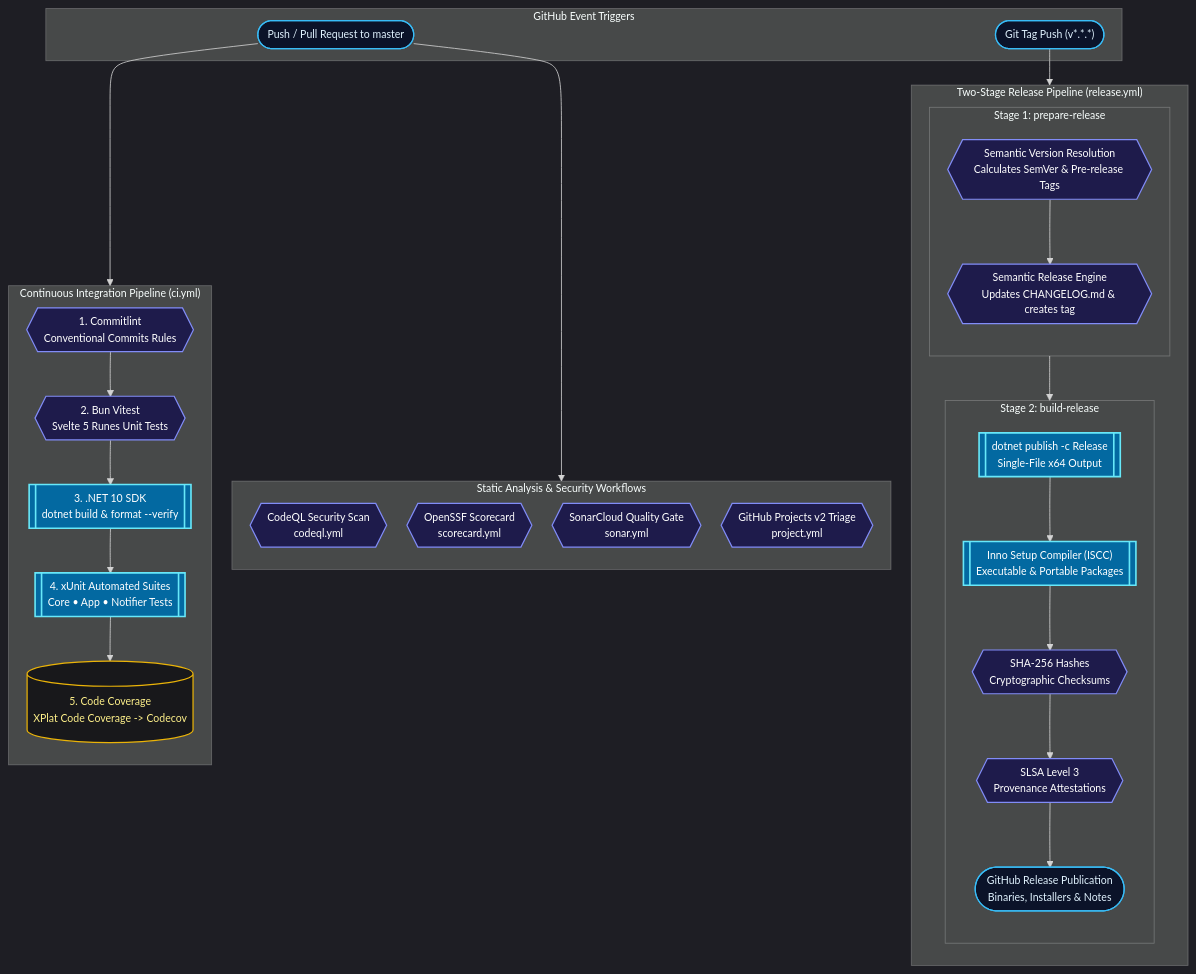
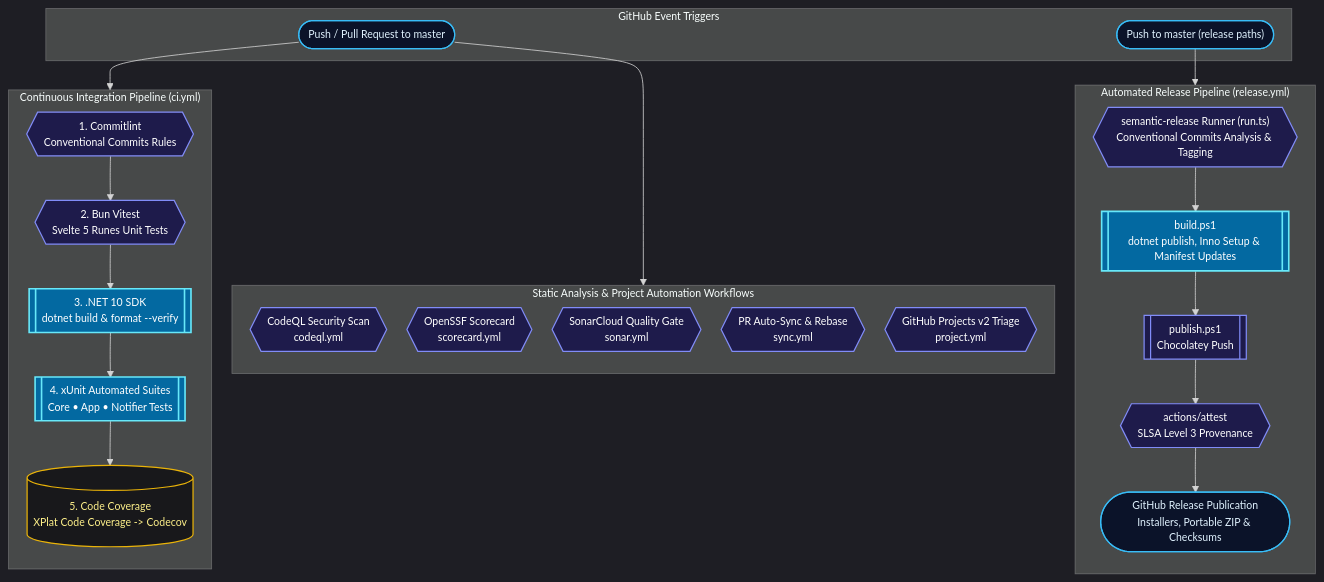
Before and after one commit to Nicconike/LocalTelemetry: the diagram in docs/latest/developer-guide/ci-cd.md, drawn with Mermaid. The commit also changed other lines of this file and 27 other files, not shown here.

Commit message:
ci(release): sequence manifest updates in prepare step and support single branch rc

````diff
--- a/docs/latest/developer-guide/ci-cd.md
+++ b/docs/latest/developer-guide/ci-cd.md
@@ -22,69 +23,59 @@
 ```mermaid
 %%{init: {'theme': 'dark', 'themeVariables': {'fontSize': '13px'}, 'flowchart': {'nodeSpacing': 25, 'rankSpacing': 30, 'curve': 'basis'}}}%%
 flowchart TD
     subgraph Triggers["GitHub Event Triggers"]
         PushPR(["Push / Pull Request to master"])
-        ReleaseTag(["Git Tag Push (v*.*.*)"])
+        PushMaster(["Push to master (release paths)"])
     end
 
     subgraph CI["Continuous Integration Pipeline (ci.yml)"]
         direction TB
         Commitlint{{"1. Commitlint<br/>Conventional Commits Rules"}}
         FrontendTest{{"2. Bun Vitest<br/>Svelte 5 Runes Unit Tests"}}
         DotNetBuild[["3. .NET 10 SDK<br/>dotnet build & format --verify"]]
         DotNetTest[["4. xUnit Automated Suites<br/>Core • App • Notifier Tests"]]
         Coverage[("5. Code Coverage<br/>XPlat Code Coverage -> Codecov")]
 
         Commitlint --> FrontendTest
         FrontendTest --> DotNetBuild
         DotNetBuild --> DotNetTest
         DotNetTest --> Coverage
     end
 
-    subgraph QualitySec["Static Analysis & Security Workflows"]
+    subgraph QualitySec["Static Analysis & Project Automation Workflows"]
         direction TB
         CodeQL{{"CodeQL Security Scan<br/>codeql.yml"}}
         Scorecard{{"OpenSSF Scorecard<br/>scorecard.yml"}}
         Sonar{{"SonarCloud Quality Gate<br/>sonar.yml"}}
+        SyncPR{{"PR Auto-Sync & Rebase<br/>sync.yml"}}
         ProjectTriage{{"GitHub Projects v2 Triage<br/>project.yml"}}
     end
 
-    subgraph Release["Two-Stage Release Pipeline (release.yml)"]
+    subgraph Release["Automated Release Pipeline (release.yml)"]
         direction TB
-        subgraph Stage1["Stage 1: prepare-release"]
-            direction TB
-            TagGen{{"Semantic Version Resolution<br/>Calculates SemVer & Pre-release Tags"}}
-            ChangelogGen{{"Semantic Release Engine<br/>Updates CHANGELOG.md & creates tag"}}
-        end
+        SemRelRunner{{"semantic-release Runner (run.ts)<br/>Conventional Commits Analysis & Tagging"}}
+        BuildScript[["build.ps1<br/>dotnet publish, Inno Setup & Manifest Updates"]]
+        PublishScript[["publish.ps1<br/>Chocolatey Push"]]
+        Attestation{{"actions/attest<br/>SLSA Level 3 Provenance"}}
+        GitHubRelease(["GitHub Release Publication<br/>Installers, Portable ZIP & Checksums"])
 
-        subgraph Stage2["Stage 2: build-release"]
-            direction TB
-            DotNetPublish[["dotnet publish -c Release<br/>Single-File x64 Output"]]
-            InnoSetup[["Inno Setup Compiler (ISCC)<br/>Executable & Portable Packages"]]
-            Checksums{{"SHA-256 Hashes<br/>Cryptographic Checksums"}}
-            Slsa{{"SLSA Level 3<br/>Provenance Attestations"}}
-            GitHubRelease(["GitHub Release Publication<br/>Binaries, Installers & Notes"])
-        end
-
-        TagGen --> ChangelogGen
-        ChangelogGen --> DotNetPublish
-        DotNetPublish --> InnoSetup
-        InnoSetup --> Checksums
-        Checksums --> Slsa
-        Slsa --> GitHubRelease
+        SemRelRunner --> BuildScript
+        BuildScript --> PublishScript
+        PublishScript --> Attestation
+        Attestation --> GitHubRelease
     end
 
     PushPR --> CI
     PushPR --> QualitySec
-    ReleaseTag --> Release
+    PushMaster --> Release
 
-    class PushPR,ReleaseTag,GitHubRelease triggerNode
-    class Commitlint,FrontendTest,CodeQL,Scorecard,Sonar,ProjectTriage,TagGen,ChangelogGen,Checksums,Slsa toolNode
-    class DotNetBuild,DotNetTest,DotNetPublish,InnoSetup buildNode
+    class PushPR,PushMaster,GitHubRelease triggerNode
+    class Commitlint,FrontendTest,CodeQL,Scorecard,Sonar,SyncPR,ProjectTriage,SemRelRunner,PublishScript,Attestation toolNode
+    class DotNetBuild,DotNetTest,BuildScript buildNode
     class Coverage dataNode
 
     classDef triggerNode fill:#0b1329,stroke:#38bdf8,stroke-width:1.5px,color:#e0f2fe
     classDef toolNode fill:#1e1b4b,stroke:#818cf8,stroke-width:1.5px,color:#ffffff
     classDef buildNode fill:#0369a1,stroke:#67e8f9,stroke-width:2px,color:#ffffff
     classDef dataNode fill:#18181b,stroke:#eab308,stroke-width:1.5px,color:#fef08a
 ```
````
